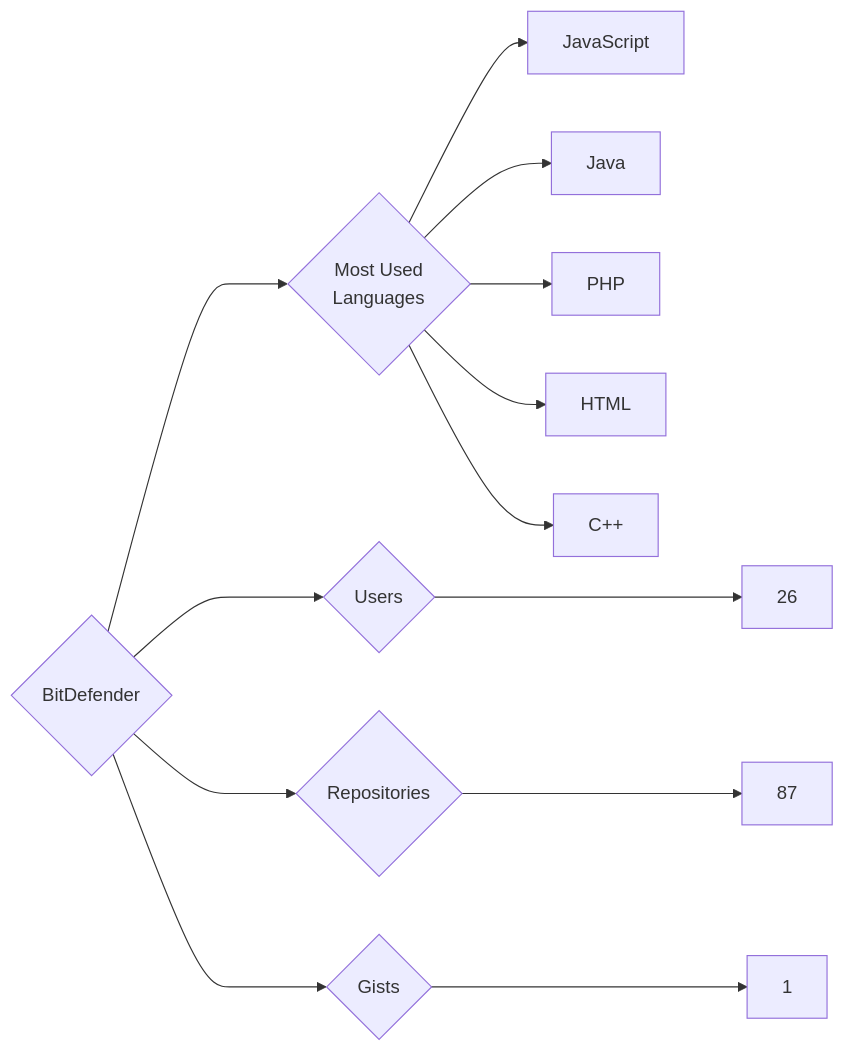
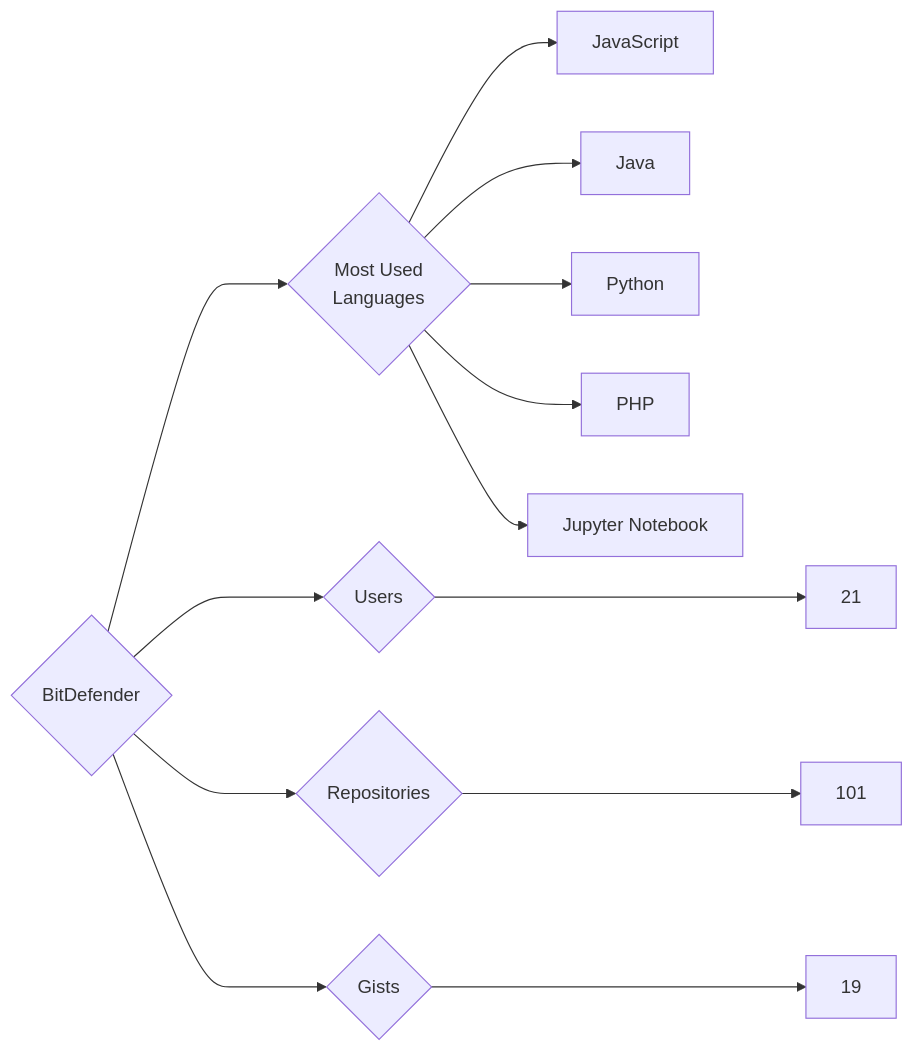
The diagram in targets/BitDefender/README.md (trickest/insiders), drawn with Mermaid before and after one commit. The commit also changed 894 other files, not shown here.

````diff
--- a/targets/BitDefender/README.md
+++ b/targets/BitDefender/README.md
@@ -3,13 +3,13 @@
 ```mermaid
 graph LR
 COMPANY_NAME{BitDefender}
-COMPANY_NAME ---> U{Users} ---> UN[26]
-COMPANY_NAME ---> R{Repositories} ---> RN[87]
-COMPANY_NAME ---> G{Gists} ---> GN[1]
+COMPANY_NAME ---> U{Users} ---> UN[21]
+COMPANY_NAME ---> R{Repositories} ---> RN[101]
+COMPANY_NAME ---> G{Gists} ---> GN[19]
 COMPANY_NAME ---> ML{Most Used<br>Languages}
 ML --> JavaScript[JavaScript]
 ML --> Java[Java]
+ML --> Python[Python]
 ML --> PHP[PHP]
-ML --> HTML[HTML]
-ML --> C++[C++]
+ML --> Jupyter_Notebook[Jupyter Notebook]
 ```
````
